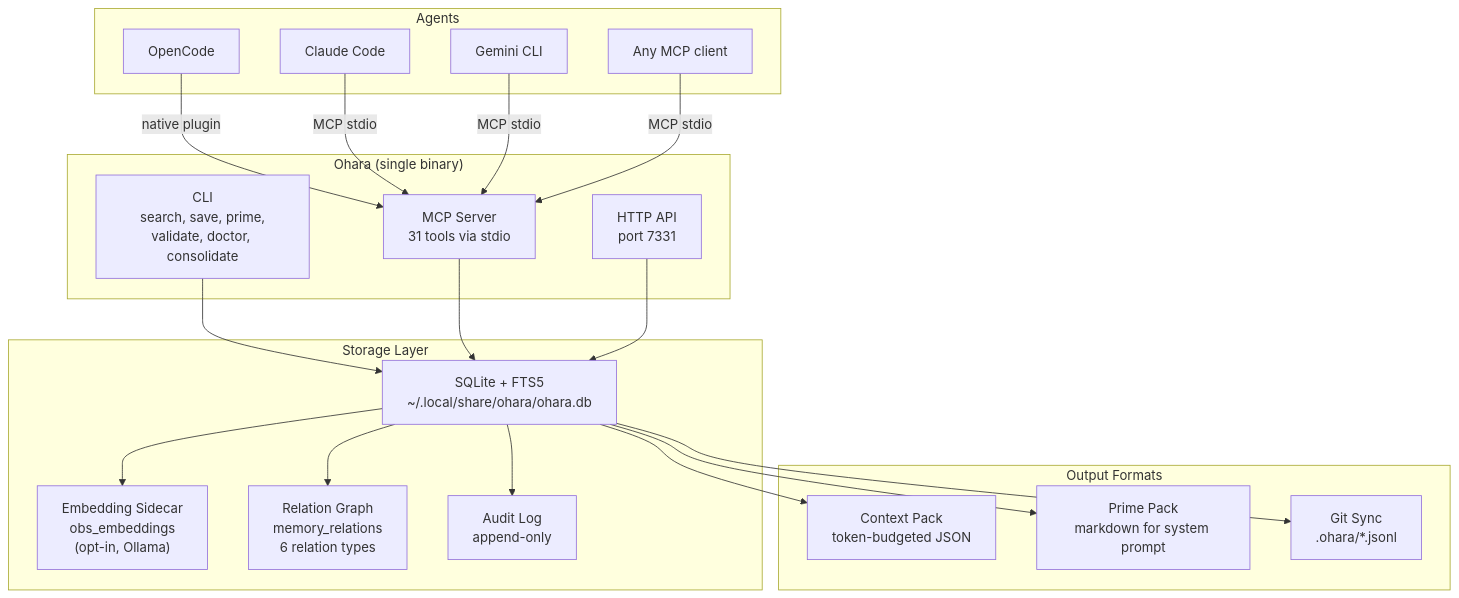
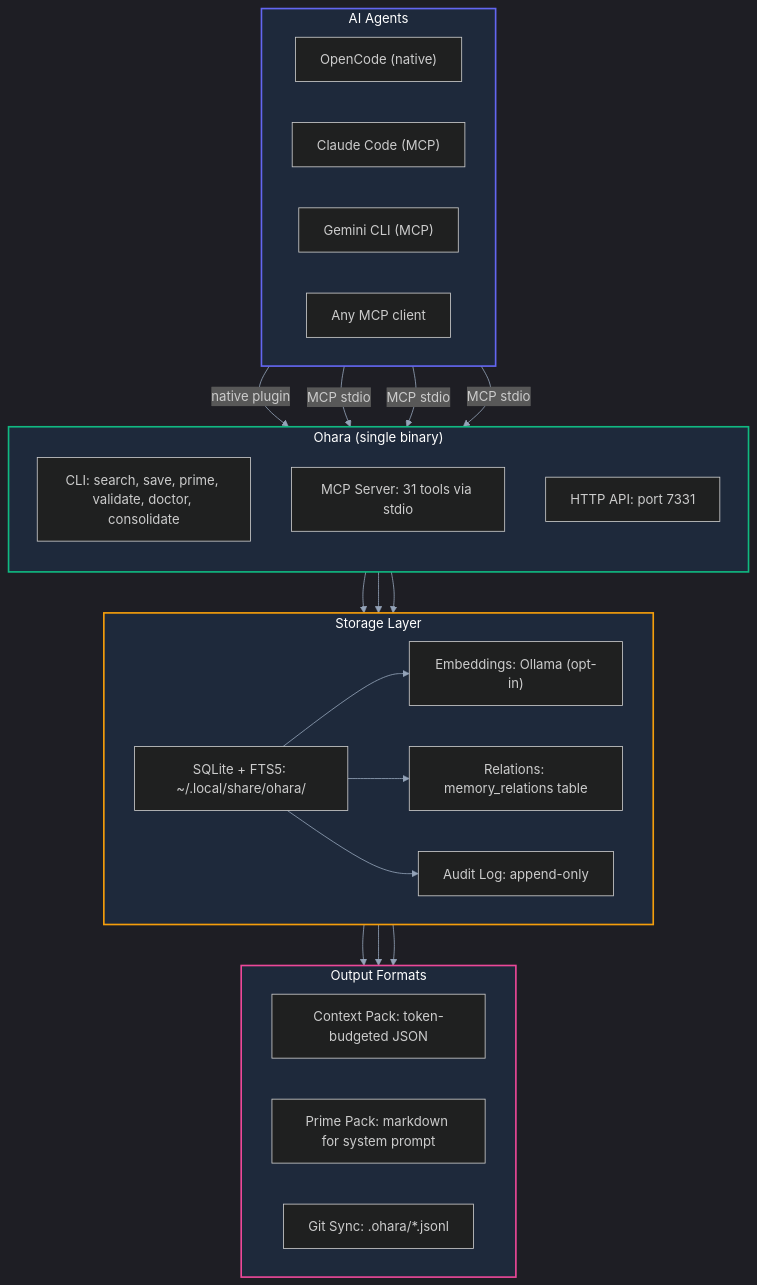
Before and after one commit to ashwnn/ohara: the first of 3 diagrams in README.md, drawn with Mermaid. The commit also changed other lines of this file, not shown here.

Commit message:
docs: enhance README diagrams with colors and explanations, remove emojis

````diff
--- a/README.md
+++ b/README.md
@@ -21,45 +21,54 @@
 ```mermaid
+%%{init: {'theme': 'dark', 'themeVariables': { 'primaryColor': '#6366f1', 'primaryTextColor': '#fff', 'primaryBorderColor': '#818cf8', 'lineColor': '#94a3b8', 'secondaryColor': '#10b981', 'tertiaryColor': '#f59e0b'}}}%%
 graph TB
-    subgraph Agents
-        OC[OpenCode]
-        CC[Claude Code]
-        GC[Gemini CLI]
-        ANY[Any MCP client]
+    subgraph Agents["AI Agents"]
+        direction LR
+        OC["OpenCode (native)"]
+        CC["Claude Code (MCP)"]
+        GC["Gemini CLI (MCP)"]
+        ANY["Any MCP client"]
     end
 
-    subgraph "Ohara (single binary)"
-        CLI[CLI<br/>search, save, prime,<br/>validate, doctor, consolidate]
-        MCP["MCP Server<br/>31 tools via stdio"]
-        HTTP["HTTP API<br/>port 7331"]
+    subgraph Ohara["Ohara (single binary)"]
+        direction TB
+        CLI["CLI: search, save, prime, validate, doctor, consolidate"]
+        MCP["MCP Server: 31 tools via stdio"]
+        HTTP["HTTP API: port 7331"]
     end
 
-    subgraph "Storage Layer"
-        DB["SQLite + FTS5<br/>~/.local/share/ohara/ohara.db"]
-        EMB["Embedding Sidecar<br/>obs_embeddings<br/>(opt-in, Ollama)"]
-        REL["Relation Graph<br/>memory_relations<br/>6 relation types"]
-        AUDIT["Audit Log<br/>append-only"]
+    subgraph Storage["Storage Layer"]
+        direction LR
+        DB["SQLite + FTS5: ~/.local/share/ohara/"]
+        EMB["Embeddings: Ollama (opt-in)"]
+        REL["Relations: memory_relations table"]
+        AUD["Audit Log: append-only"]
     end
 
-    subgraph "Output Formats"
-        PACK["Context Pack<br/>token-budgeted JSON"]
-        PRIME["Prime Pack<br/>markdown for system prompt"]
-        SYNC["Git Sync<br/>.ohara/*.jsonl"]
+    subgraph Output["Output Formats"]
+        direction LR
+        PACK["Context Pack: token-budgeted JSON"]
+        PRIME["Prime Pack: markdown for system prompt"]
+        SYNC["Git Sync: .ohara/*.jsonl"]
     end
 
     OC -->|native plugin| MCP
     CC -->|MCP stdio| MCP
     GC -->|MCP stdio| MCP
     ANY -->|MCP stdio| MCP
     CLI --> DB
-
     MCP --> DB
     HTTP --> DB
 
     DB --> EMB
     DB --> REL
-    DB --> AUDIT
+    DB --> AUD
 
     DB --> PACK
     DB --> PRIME
     DB --> SYNC
+
+    style Agents fill:#1e293b,stroke:#6366f1,stroke-width:2px,color:#fff
+    style Ohara fill:#1e293b,stroke:#10b981,stroke-width:2px,color:#fff
+    style Storage fill:#1e293b,stroke:#f59e0b,stroke-width:2px,color:#fff
+    style Output fill:#1e293b,stroke:#ec4899,stroke-width:2px,color:#fff
 ```
````
